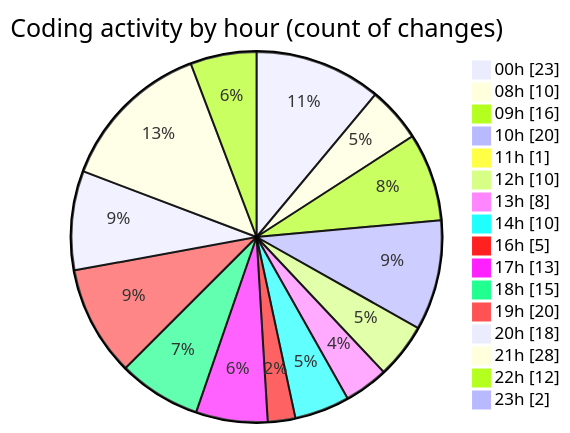
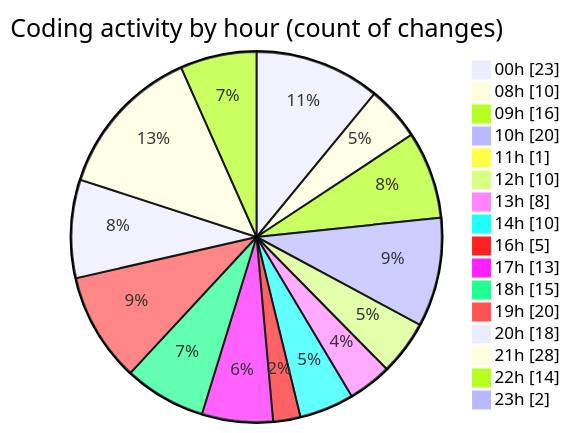
The second of 2 diagrams in 2025-05-29/advertise/README.md (Elitesun/code-tracking), drawn with Mermaid before and after one commit. The commit also changed other lines of this file and 1 other file, not shown here.

````diff
--- a/2025-05-29/advertise/README.md
+++ b/2025-05-29/advertise/README.md
@@ -54,20 +54,20 @@
 ```mermaid
 pie showData
 title Coding activity by hour (count of changes)
 "00h" : 23
 "08h" : 10
 "09h" : 16
 "10h" : 20
 "11h" : 1
 "12h" : 10
 "13h" : 8
 "14h" : 10
 "16h" : 5
 "17h" : 13
 "18h" : 15
 "19h" : 20
 "20h" : 18
 "21h" : 28
-"22h" : 12
+"22h" : 14
 "23h" : 2
 ```
````
